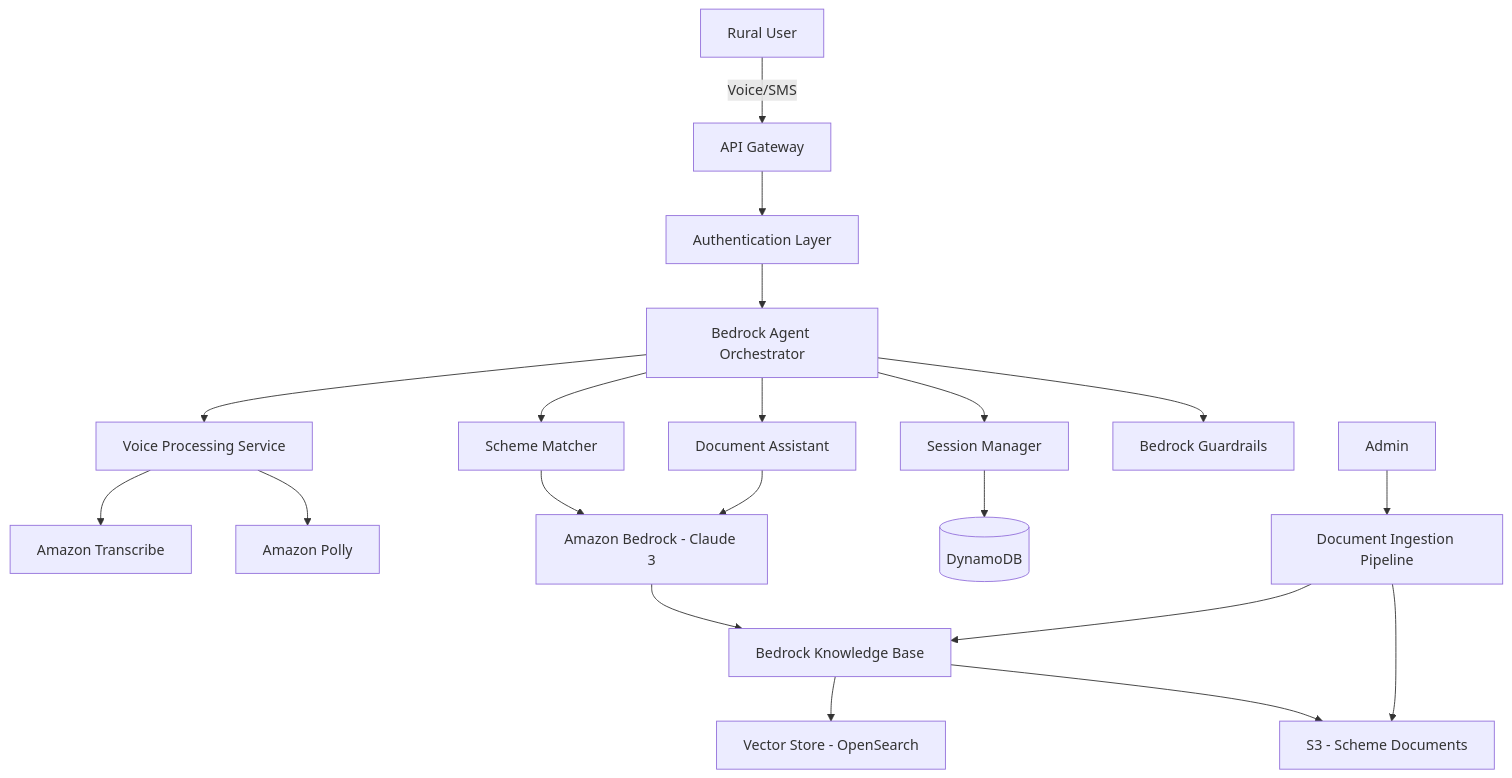
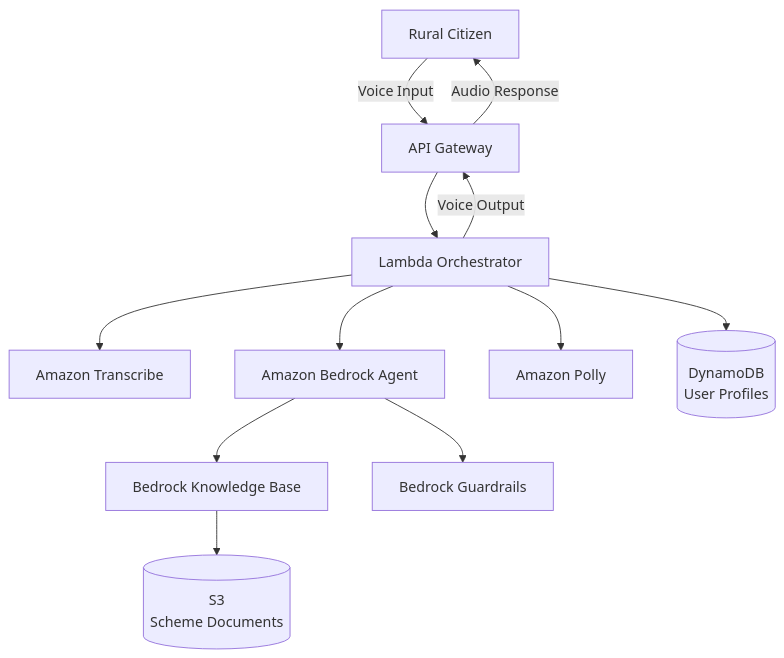
Before and after one commit to madhavmadupu/bharat-setu: the diagram in .kiro/specs/bharat-setu/design.md, drawn with Mermaid. The commit also changed other lines of this file and 2 other files, not shown here.

First line of the commit message:
docs: Expand design documentation with detailed architecture and data flows

````diff
--- a/.kiro/specs/bharat-setu/design.md
+++ b/.kiro/specs/bharat-setu/design.md
@@ -13,28 +24,18 @@
 ```mermaid
 graph TB
-    User[Rural User] -->|Voice/SMS| Gateway[API Gateway]
-    Gateway --> Auth[Authentication Layer]
-    Auth --> Orchestrator[Bedrock Agent Orchestrator]
+    User[Rural Citizen] -->|Voice Input| API[API Gateway]
+    API --> Lambda[Lambda Orchestrator]
     
-    Orchestrator --> Voice[Voice Processing Service]
-    Orchestrator --> Session[Session Manager]
-    Orchestrator --> Scheme[Scheme Matcher]
-    Orchestrator --> Doc[Document Assistant]
-    
-    Voice --> Transcribe[Amazon Transcribe]
-    Voice --> Polly[Amazon Polly]
-    
-    Scheme --> Bedrock[Amazon Bedrock - Claude 3]
-    Doc --> Bedrock
+    Lambda --> Transcribe[Amazon Transcribe]
+    Lambda --> Bedrock[Amazon Bedrock Agent]
+    Lambda --> Polly[Amazon Polly]
     
     Bedrock --> KB[Bedrock Knowledge Base]
-    KB --> Vector[Vector Store - OpenSearch]
-    KB --> S3[S3 - Scheme Documents]
+    Bedrock --> Guardrails[Bedrock Guardrails]
     
-    Session --> DynamoDB[(DynamoDB)]
-    Orchestrator --> Guardrails[Bedrock Guardrails]
+    Lambda --> DDB[(DynamoDB<br/>User Profiles)]
+    KB --> S3[(S3<br/>Scheme Documents)]
     
-    Admin[Admin] --> Ingestion[Document Ingestion Pipeline]
-    Ingestion --> S3
-    Ingestion --> KB
+    Lambda -->|Voice Output| API
+    API -->|Audio Response| User
 ```
````
